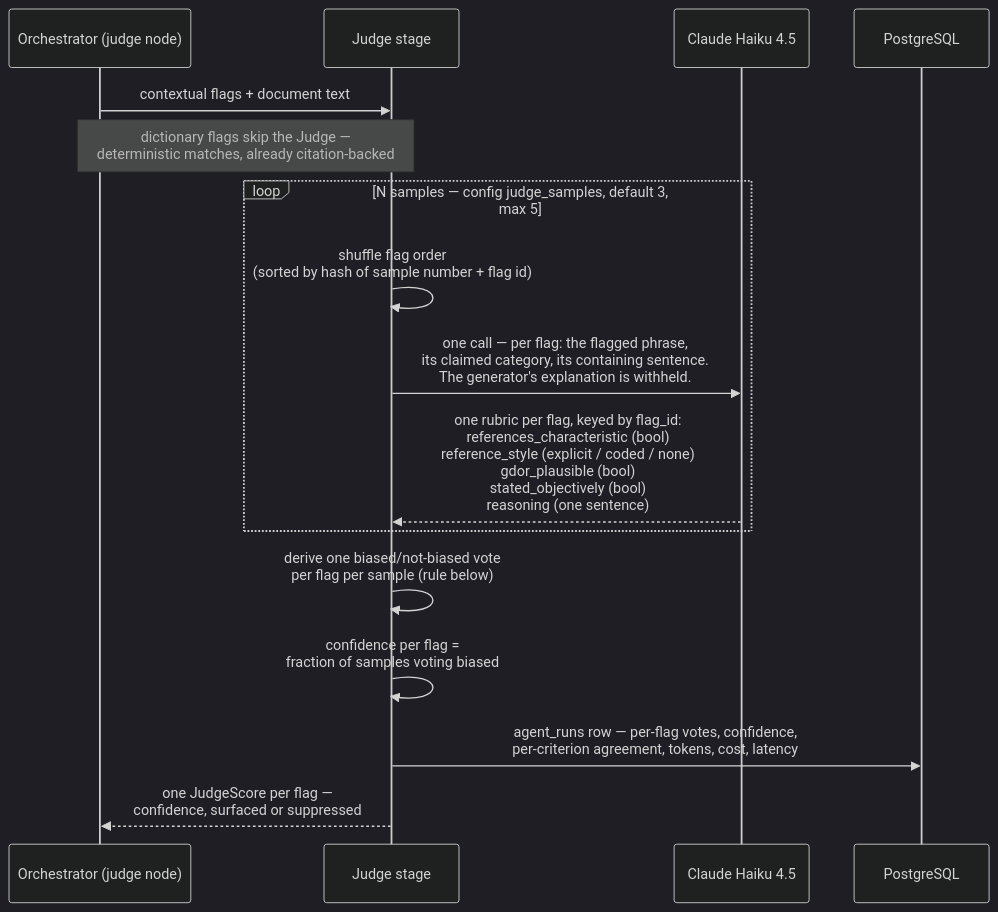
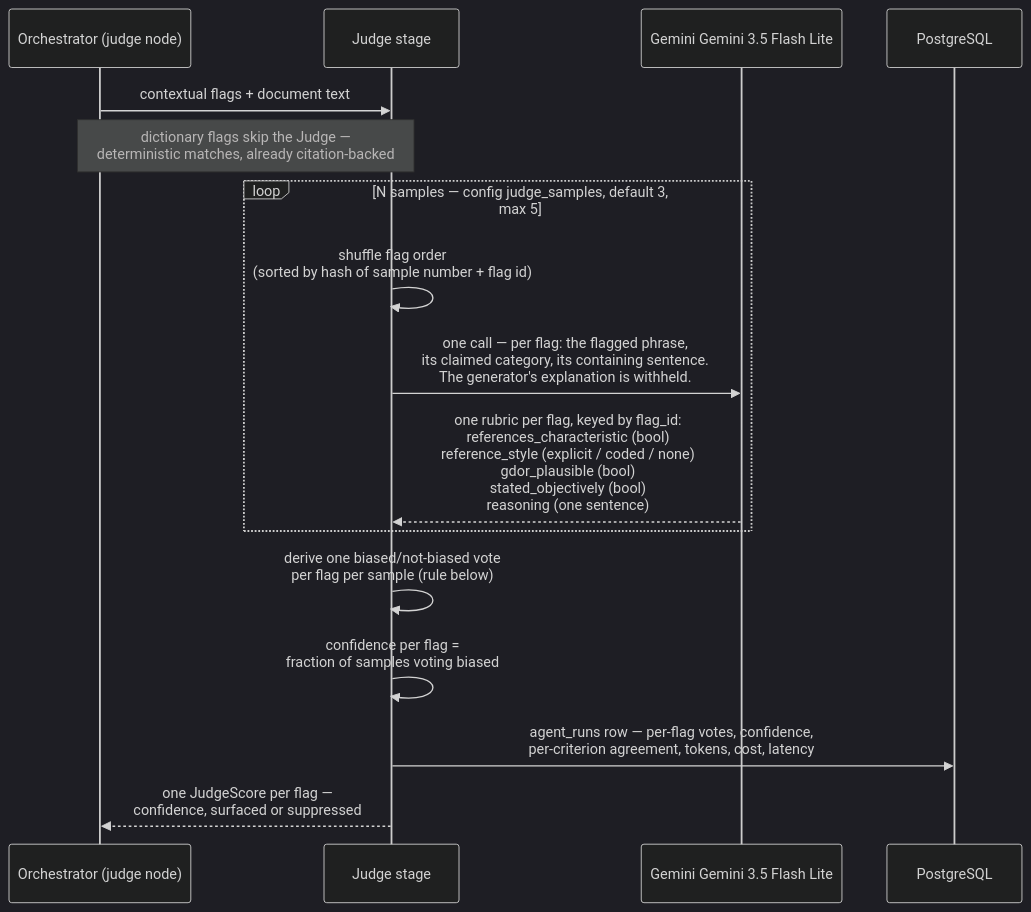
One commit to sm-daniyal/patternSpecular changed the first of 2 diagrams in docs/architecture/llm-judge.md. Above: the diagram before and after it, drawn with Mermaid (dark theme). The commit also changed other lines of this file and 15 other files, not shown here.

Commit message:
docs: adapt all architecture specs, ADRs, and conventions for Google Gemini and Neon PostgreSQL

````diff
--- a/docs/architecture/llm-judge.md
+++ b/docs/architecture/llm-judge.md
@@ -21,21 +21,21 @@
 ```mermaid
 sequenceDiagram
     participant O as Orchestrator (judge node)
     participant J as Judge stage
-    participant H as Claude Haiku 4.5
+    participant H as Gemini Gemini 3.5 Flash Lite
     participant DB as PostgreSQL
 
     O->>J: contextual flags + document text
     Note over O,J: dictionary flags skip the Judge —<br/>deterministic matches, already citation-backed
 
     loop N samples — config judge_samples, default 3, max 5
         J->>J: shuffle flag order<br/>(sorted by hash of sample number + flag id)
         J->>H: one call — per flag: the flagged phrase,<br/>its claimed category, its containing sentence.<br/>The generator's explanation is withheld.
         H-->>J: one rubric per flag, keyed by flag_id:<br/>references_characteristic (bool)<br/>reference_style (explicit / coded / none)<br/>gdor_plausible (bool)<br/>stated_objectively (bool)<br/>reasoning (one sentence)
     end
 
     J->>J: derive one biased/not-biased vote<br/>per flag per sample (rule below)
     J->>J: confidence per flag =<br/>fraction of samples voting biased
     J->>DB: agent_runs row — per-flag votes, confidence,<br/>per-criterion agreement, tokens, cost, latency
     J-->>O: one JudgeScore per flag —<br/>confidence, surfaced or suppressed
 ```
````
